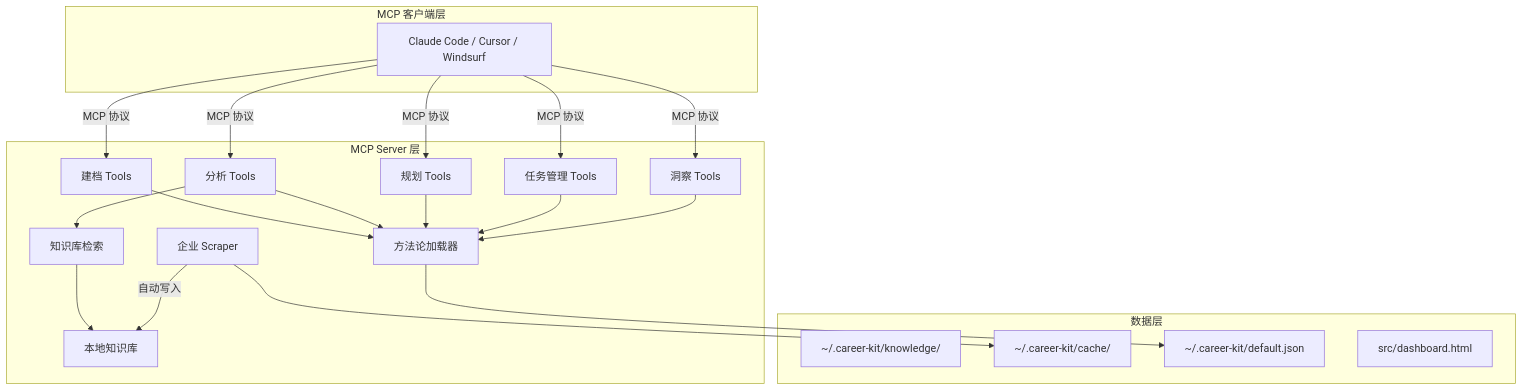
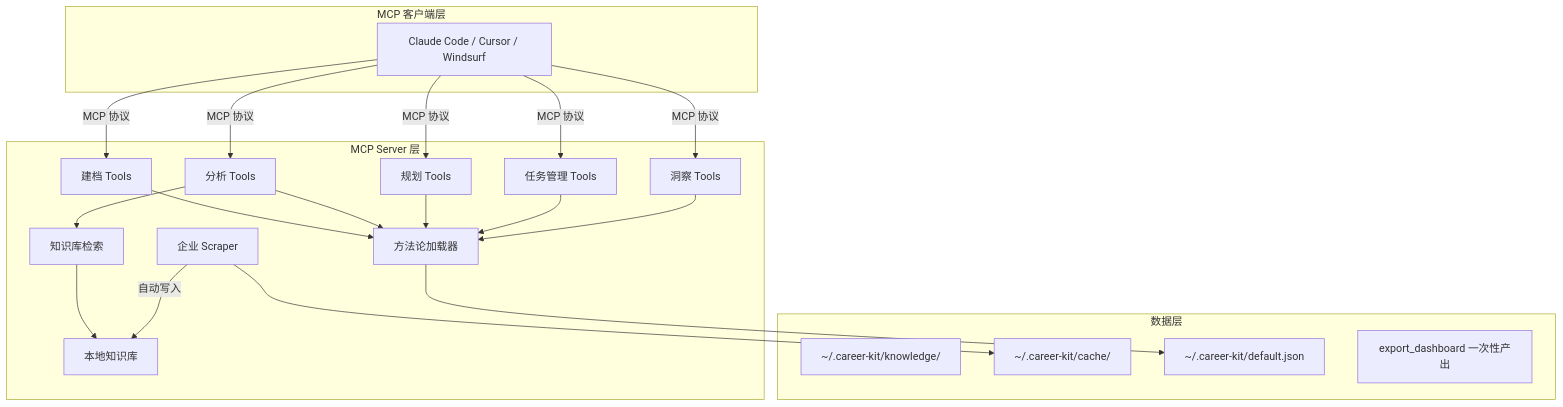
One commit to Wuuuuuuuuuz/career-kit changed the first of 2 diagrams in docs/architecture.md. Above: the diagram before and after it, drawn with Mermaid. The commit also changed other lines of this file and 41 other files, not shown here.

````diff
--- a/docs/architecture.md
+++ b/docs/architecture.md
@@ -23,45 +25,45 @@
 ```mermaid
 graph TB
     subgraph "MCP 客户端层"
         A[Claude Code / Cursor / Windsurf]
     end
     
     subgraph "MCP Server 层"
         B[建档 Tools]
         C[分析 Tools]
         D[规划 Tools]
         E[任务管理 Tools]
         F[洞察 Tools]
 
         G[方法论加载器]
         H[知识库检索]
 
         I[本地知识库]
         J[企业 Scraper]
     end
 
     subgraph "数据层"
         L[~/.career-kit/knowledge/]
         M[~/.career-kit/cache/]
         N[~/.career-kit/default.json]
-        P[src/dashboard.html]
+        P[export_dashboard 一次性产出]
     end
 
     A -->|MCP 协议| B
     A -->|MCP 协议| C
     A -->|MCP 协议| D
     A -->|MCP 协议| E
     A -->|MCP 协议| F
 
     B --> G
     C --> G
     D --> G
     E --> G
     F --> G
 
     C --> H
     H --> I
     J -->|自动写入| I
     J --> M
     G --> N
 ```
````
